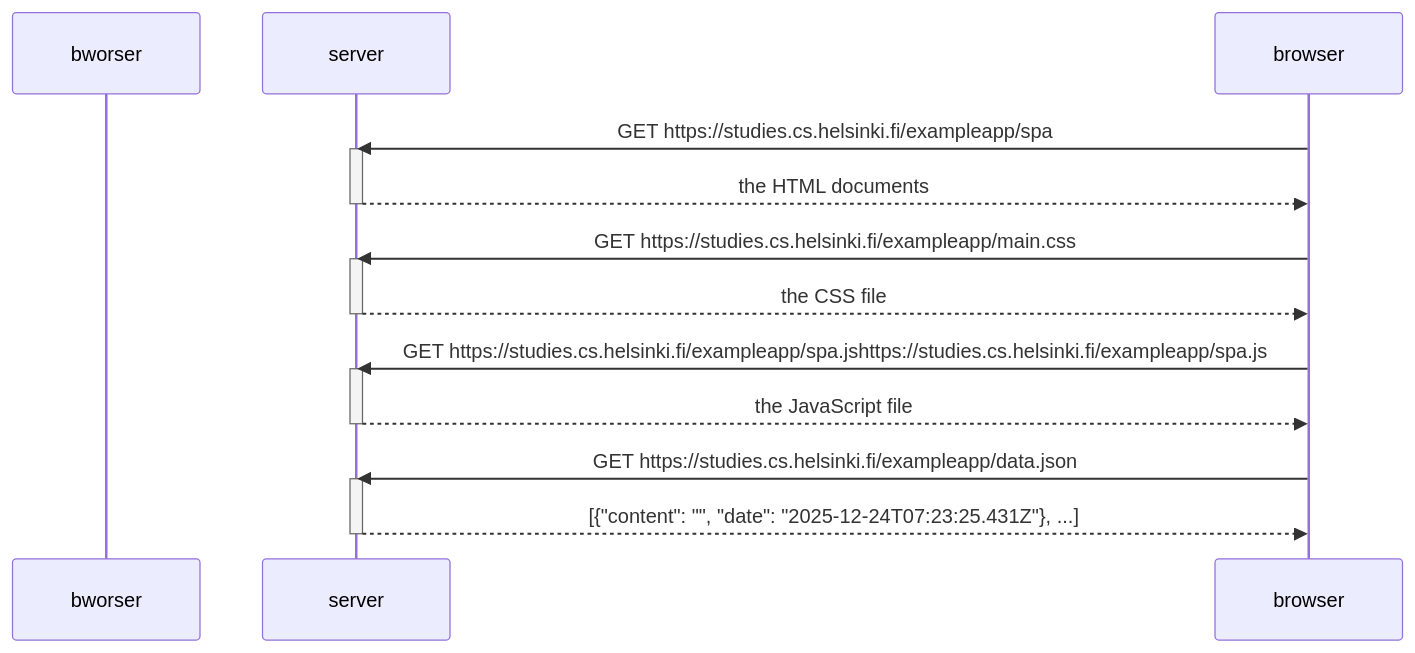
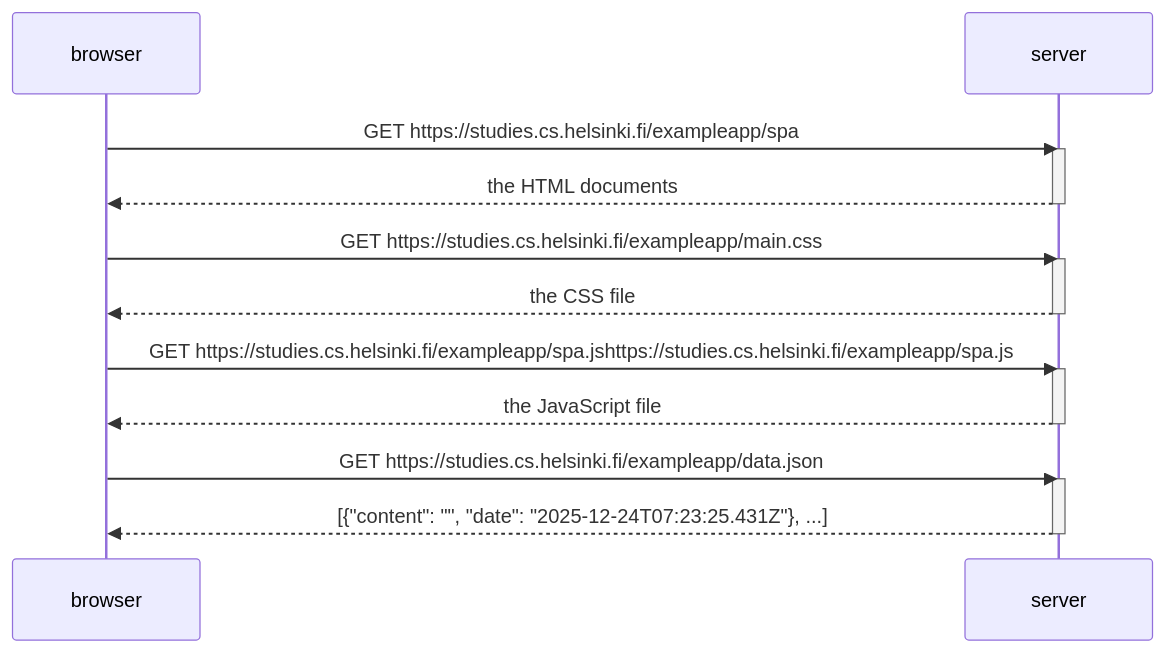
One commit to Victheliar/Fullstack changed the diagram in osa0/spa.md. Above: the diagram before and after it, drawn with Mermaid.

````diff
--- a/osa0/spa.md
+++ b/osa0/spa.md
@@ -1,25 +1,25 @@
 ```mermaid
 sequenceDiagram
-	participant bworser
+	participant browser
 	participant server
 
 	browser->>server: GET https://studies.cs.helsinki.fi/exampleapp/spa
 	activate server
 	server-->>browser: the HTML documents
 	deactivate server
 
 	browser->>server: GET https://studies.cs.helsinki.fi/exampleapp/main.css
 	activate server
 	server-->>browser: the CSS file
 	deactivate server
 
 	browser->>server: GET https://studies.cs.helsinki.fi/exampleapp/spa.jshttps://studies.cs.helsinki.fi/exampleapp/spa.js
 	activate server
 	server-->>browser: the JavaScript file
 	deactivate server
 
 	browser->>server: GET https://studies.cs.helsinki.fi/exampleapp/data.json
 	activate server
 	server-->>browser: [{"content": "", "date": "2025-12-24T07:23:25.431Z"}, ...]
 	deactivate server
 ```
````
